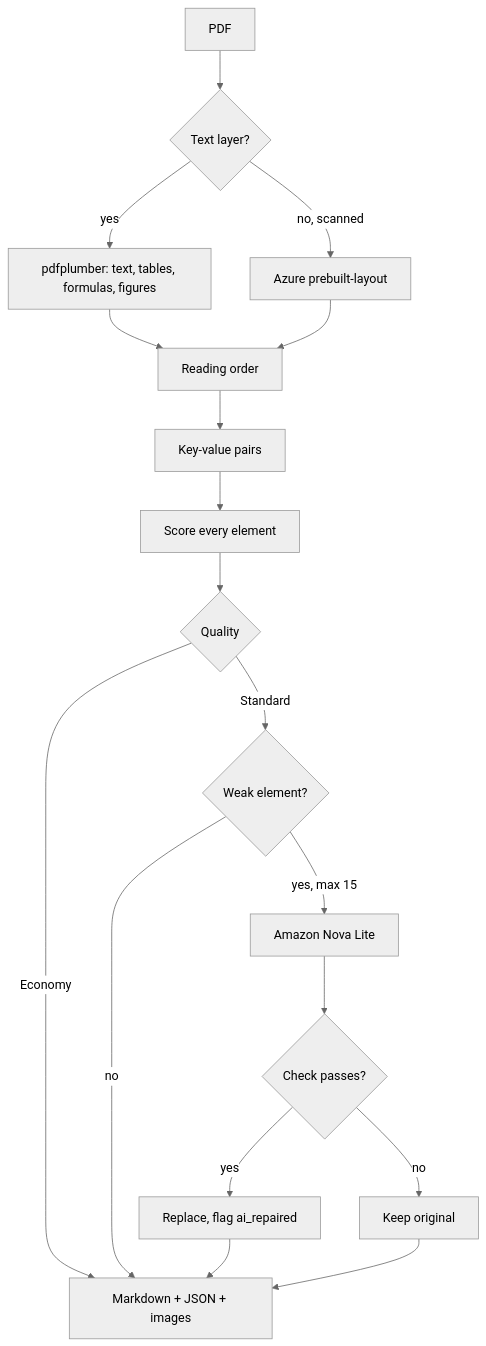
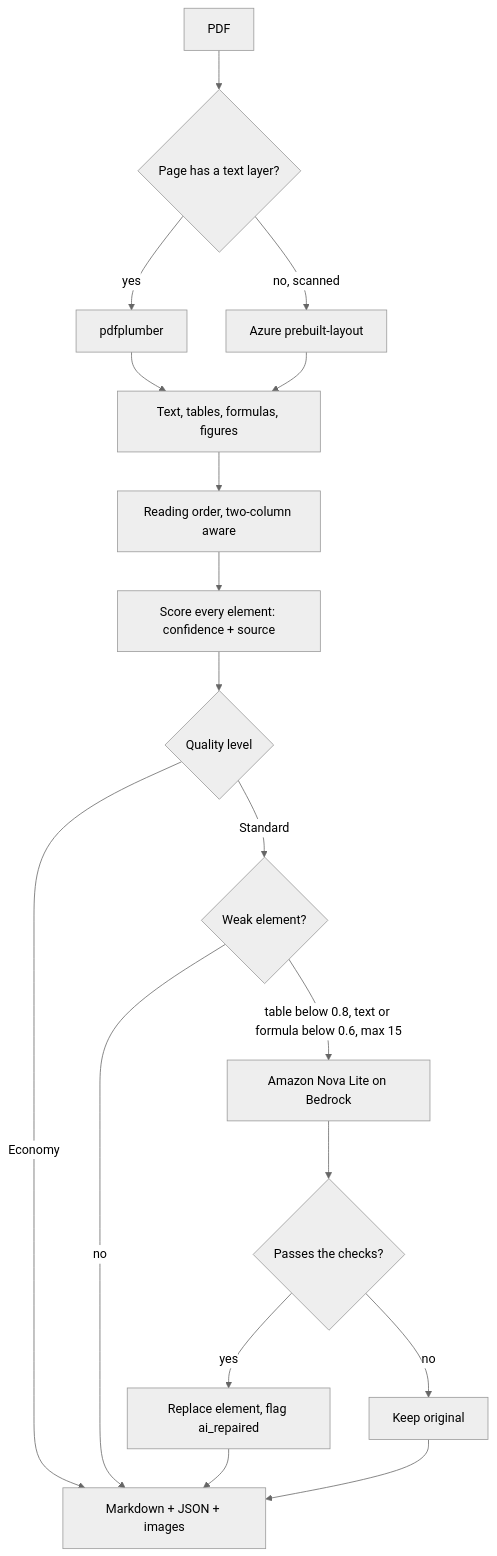
One commit to sarahk15-king/PageWise---PDF-URL-to-Markdown-file changed the diagram in README.md. Above: the diagram before and after it, drawn with Mermaid (neutral theme). The commit also changed other lines of this file, not shown here.

````diff
--- a/README.md
+++ b/README.md
@@ -24,20 +28,20 @@
 ```mermaid
 flowchart TD
-    PDF[PDF] --> CHK{Text layer?}
-    CHK -->|yes| PL[pdfplumber: text, tables, formulas, figures]
+    PDF[PDF] --> CHK{Page has a text layer?}
+    CHK -->|yes| PL[pdfplumber]
     CHK -->|no, scanned| AZ[Azure prebuilt-layout]
-    PL --> RO[Reading order]
-    AZ --> RO
-    RO --> KV[Key-value pairs]
-    KV --> SC[Score every element]
-    SC --> Q{Quality}
+    PL --> EL[Text, tables, formulas, figures]
+    AZ --> EL
+    EL --> RO[Reading order, two-column aware]
+    RO --> SC[Score every element: confidence + source]
+    SC --> Q{Quality level}
     Q -->|Economy| OUT
     Q -->|Standard| W{Weak element?}
     W -->|no| OUT
-    W -->|yes, max 15| NL[Amazon Nova Lite]
-    NL --> CK{Check passes?}
-    CK -->|yes| ACC[Replace, flag ai_repaired]
+    W -->|table below 0.8, text or formula below 0.6, max 15| AI[Amazon Nova Lite on Bedrock]
+    AI --> CK{Passes the checks?}
+    CK -->|yes| ACC[Replace element, flag ai_repaired]
     CK -->|no| KEEP[Keep original]
     ACC --> OUT[Markdown + JSON + images]
     KEEP --> OUT
 ```
````
